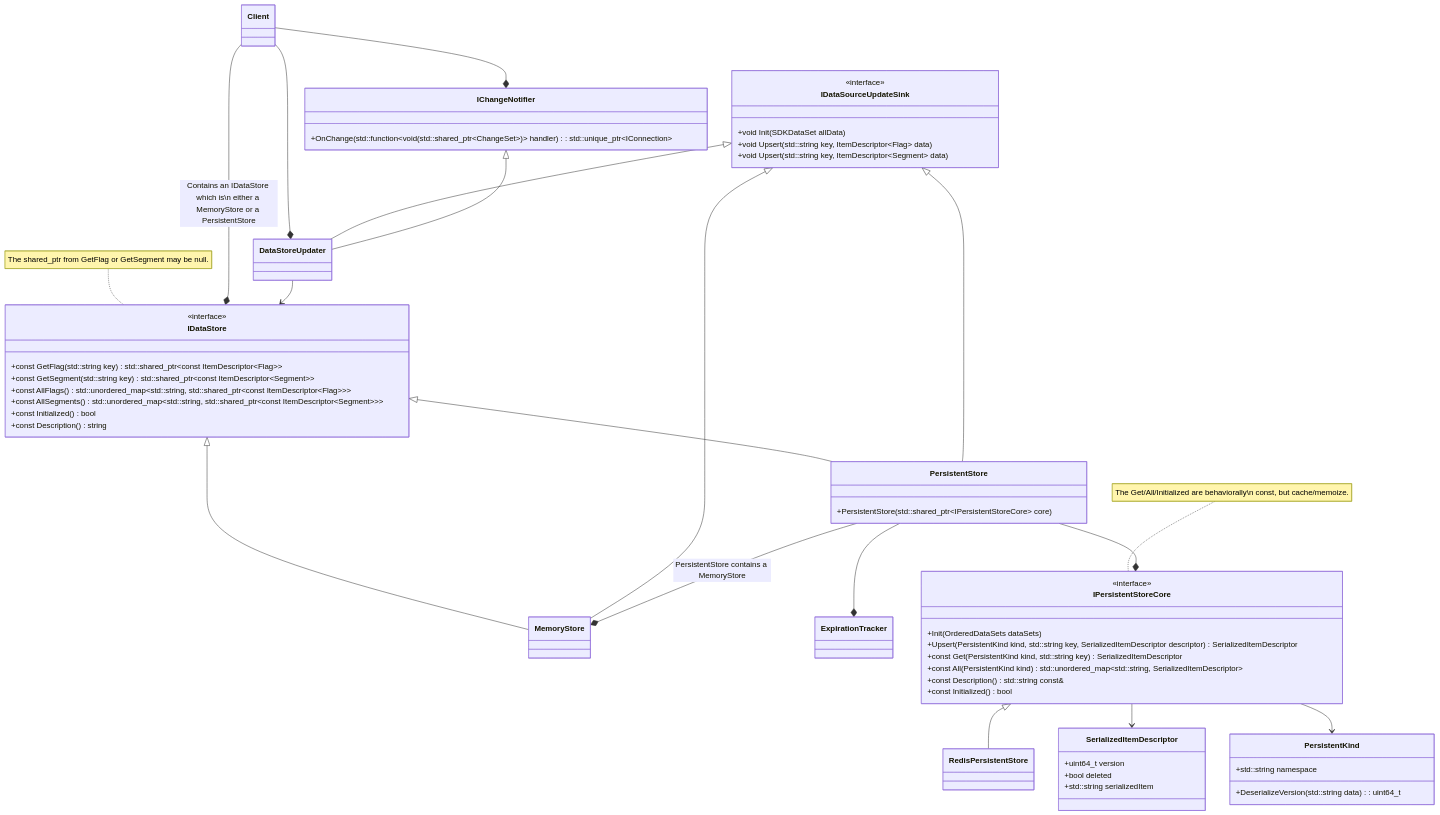
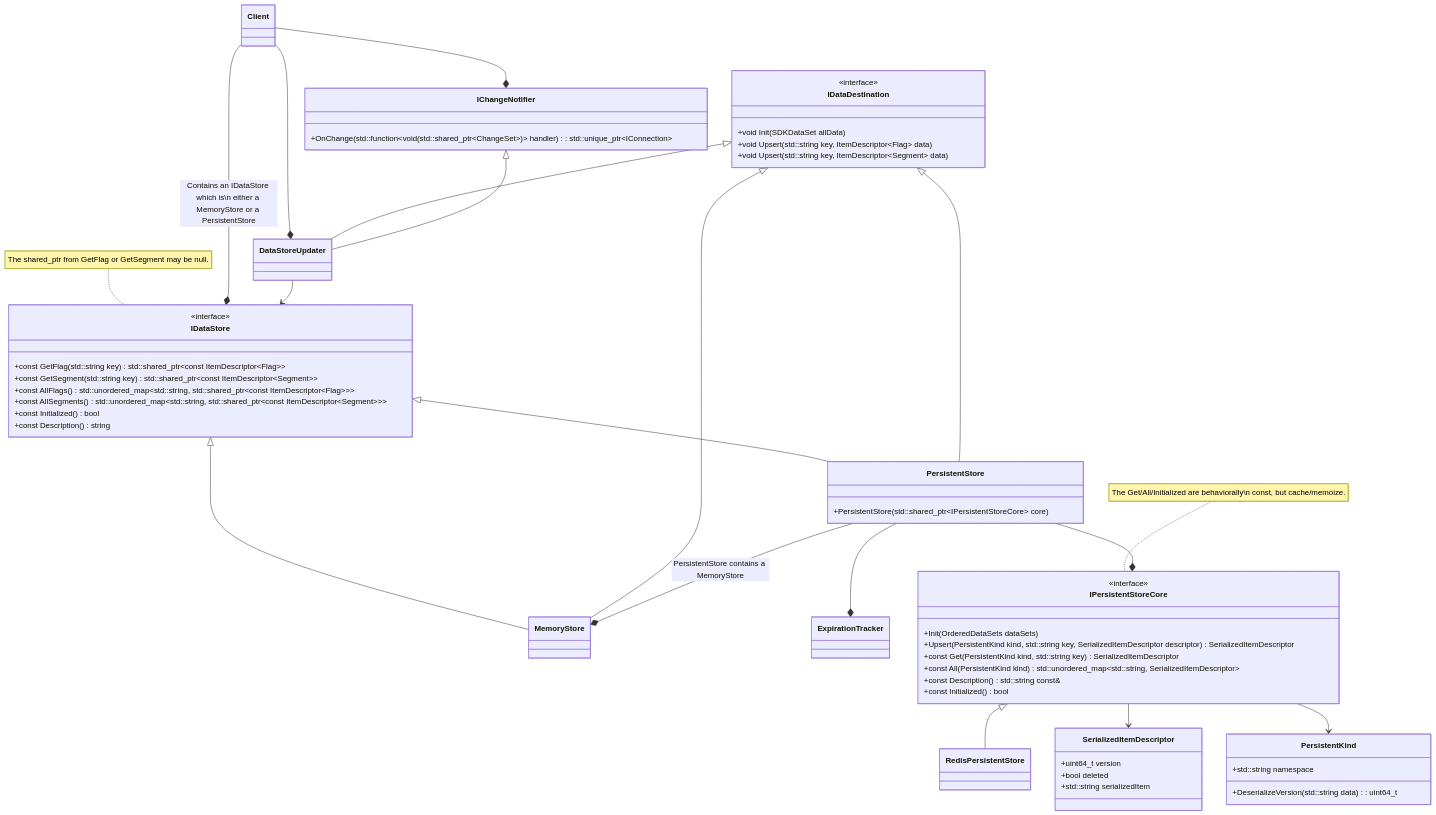
The diagram in architecture/server_store_arch.md (launchdarkly/cpp-sdks), drawn with Mermaid before and after one commit. The commit also changed 35 other files, not shown here.

```diff
--- a/architecture/server_store_arch.md
+++ b/architecture/server_store_arch.md
@@ -8,11 +8,11 @@
     Client --* IChangeNotifier
     
     IDataStore <|-- MemoryStore
-    IDataSourceUpdateSink <|-- MemoryStore
+    IDataDestination <|-- MemoryStore
 
     IDataStore <|-- PersistentStore
-    IDataSourceUpdateSink <|-- PersistentStore
-    IDataSourceUpdateSink <|-- DataStoreUpdater
+    IDataDestination <|-- PersistentStore
+    IDataDestination <|-- DataStoreUpdater
     
     IChangeNotifier <|-- DataStoreUpdater
     
@@ -55,7 +55,7 @@
     }
 
 
-    class IDataSourceUpdateSink{
+    class IDataDestination{
         <<interface>>
         +void Init(SDKDataSet allData)
         +void Upsert(std::string key, ItemDescriptor~Flag~ data)
```
